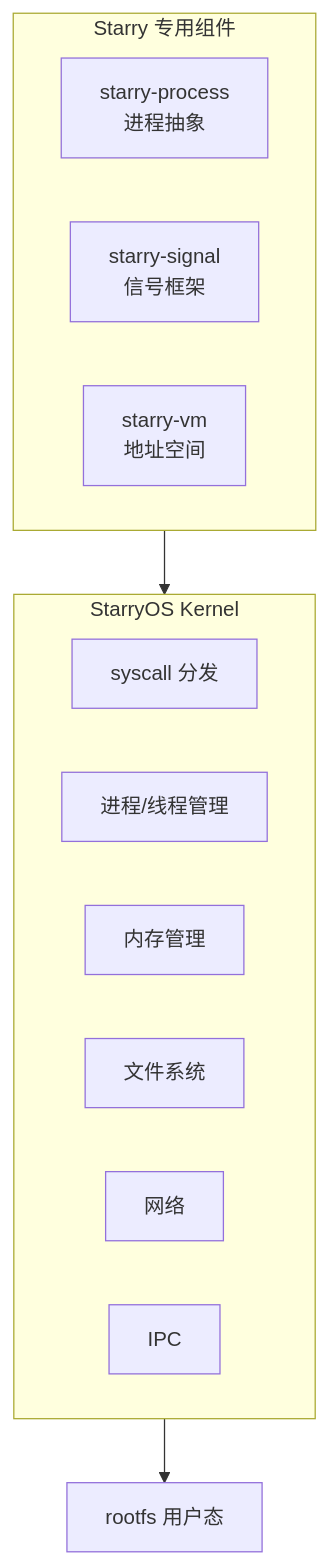
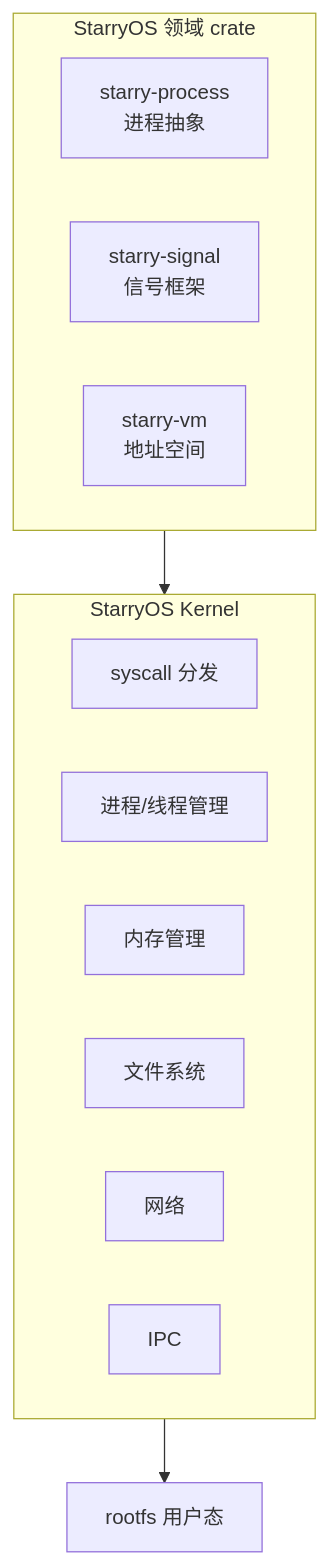
One commit to 451846939/tgoskits changed the third of 4 diagrams in docs/docs/introduction/overview.md. Above: the diagram before and after it, drawn with Mermaid. The commit also changed other lines of this file and 62 other files, not shown here.

````diff
--- a/docs/docs/introduction/overview.md
+++ b/docs/docs/introduction/overview.md
@@ -201,20 +201,20 @@
 ```mermaid
 flowchart TD
-    subgraph starry_components["Starry 专用组件"]
+    subgraph starry_components["StarryOS 领域 crate"]
         proc["starry-process<br/>进程抽象"]
         sig["starry-signal<br/>信号框架"]
         vm["starry-vm<br/>地址空间"]
     end
 
     subgraph kernel["StarryOS Kernel"]
         syscall["syscall 分发"]
         task["进程/线程管理"]
         mm["内存管理"]
         file["文件系统"]
         net["网络"]
         ipc["IPC"]
     end
 
     starry_components --> kernel
     kernel --> rootfs["rootfs 用户态"]
 ```
````
